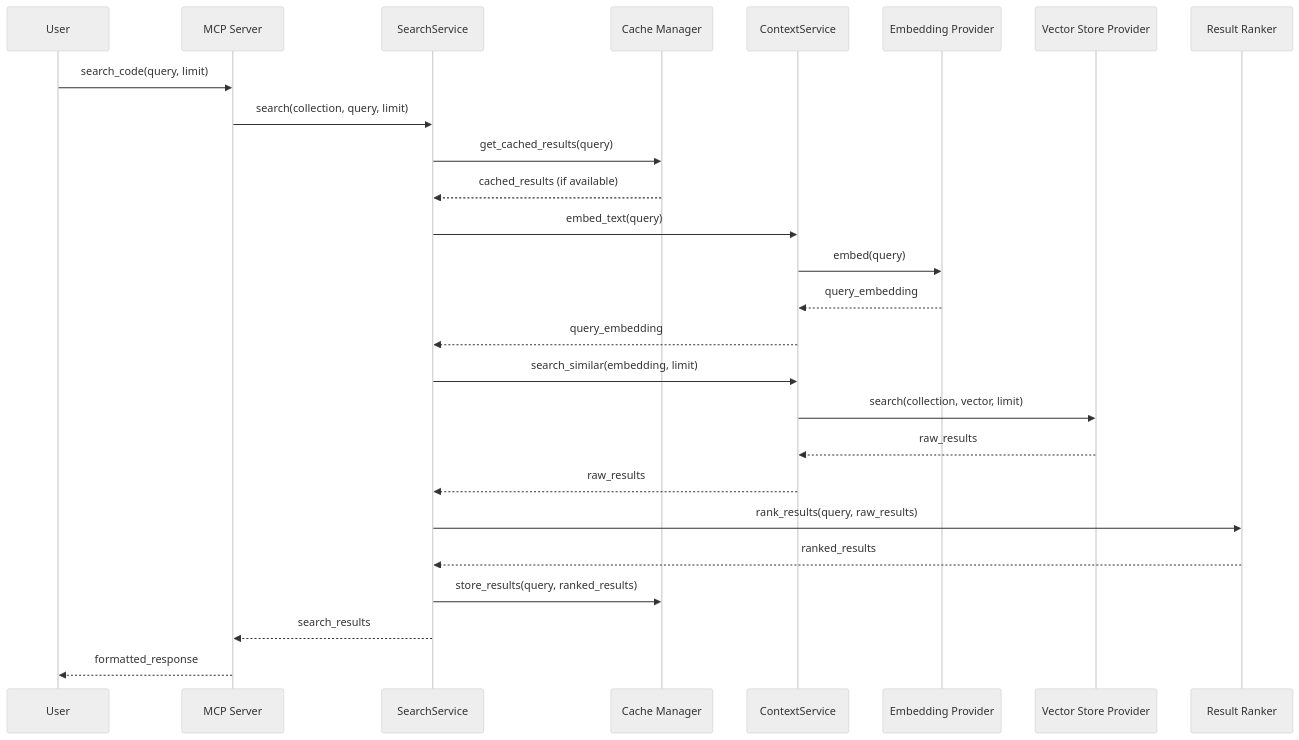
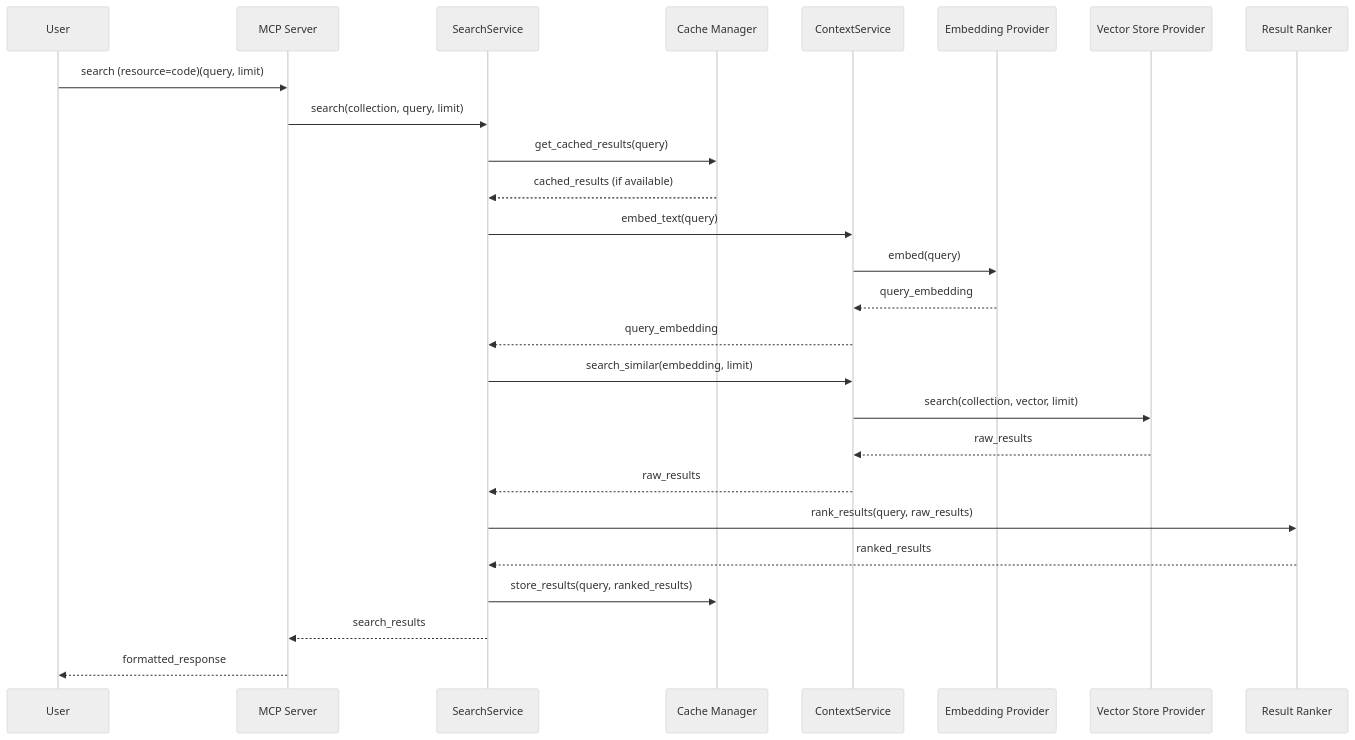
Before and after one commit to marlonsc/mcb: the sixth of 6 diagrams in docs/architecture/ARCHITECTURE.md, drawn with Mermaid (neutral theme). The commit also changed other lines of this file and 96 other files, not shown here.

````diff
--- a/docs/architecture/ARCHITECTURE.md
+++ b/docs/architecture/ARCHITECTURE.md
@@ -1173,35 +1173,35 @@
 ```mermaid
 sequenceDiagram
     participant User
     participant MCP as MCP Server
     participant SearchSvc as SearchService
     participant Cache as Cache Manager
     participant ContextSvc as ContextService
     participant EmbProv as Embedding Provider
     participant VecProv as Vector Store Provider
     participant Ranker as Result Ranker
 
-    User->>MCP: search_code(query, limit)
+    User->>MCP: search (resource=code)(query, limit)
     MCP->>SearchSvc: search(collection, query, limit)
 
     SearchSvc->>Cache: get_cached_results(query)
     Cache-->>SearchSvc: cached_results (if available)
 
     SearchSvc->>ContextSvc: embed_text(query)
     ContextSvc->>EmbProv: embed(query)
     EmbProv-->>ContextSvc: query_embedding
     ContextSvc-->>SearchSvc: query_embedding
 
     SearchSvc->>ContextSvc: search_similar(embedding, limit)
     ContextSvc->>VecProv: search(collection, vector, limit)
     VecProv-->>ContextSvc: raw_results
     ContextSvc-->>SearchSvc: raw_results
 
     SearchSvc->>Ranker: rank_results(query, raw_results)
     Ranker-->>SearchSvc: ranked_results
 
     SearchSvc->>Cache: store_results(query, ranked_results)
     SearchSvc-->>MCP: search_results
 
     MCP-->>User: formatted_response
 ```
````
